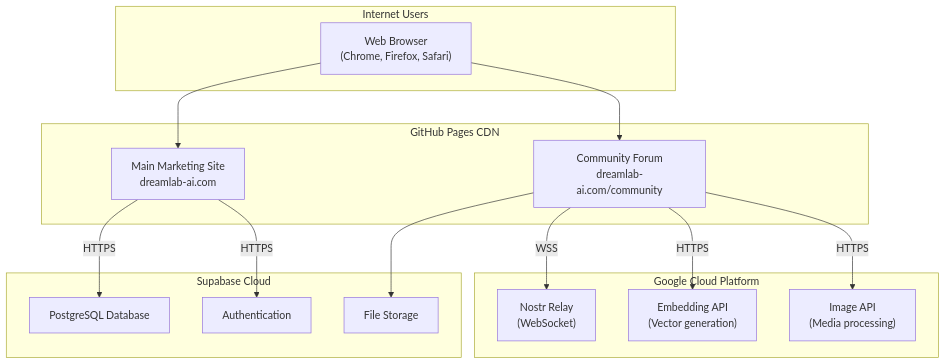
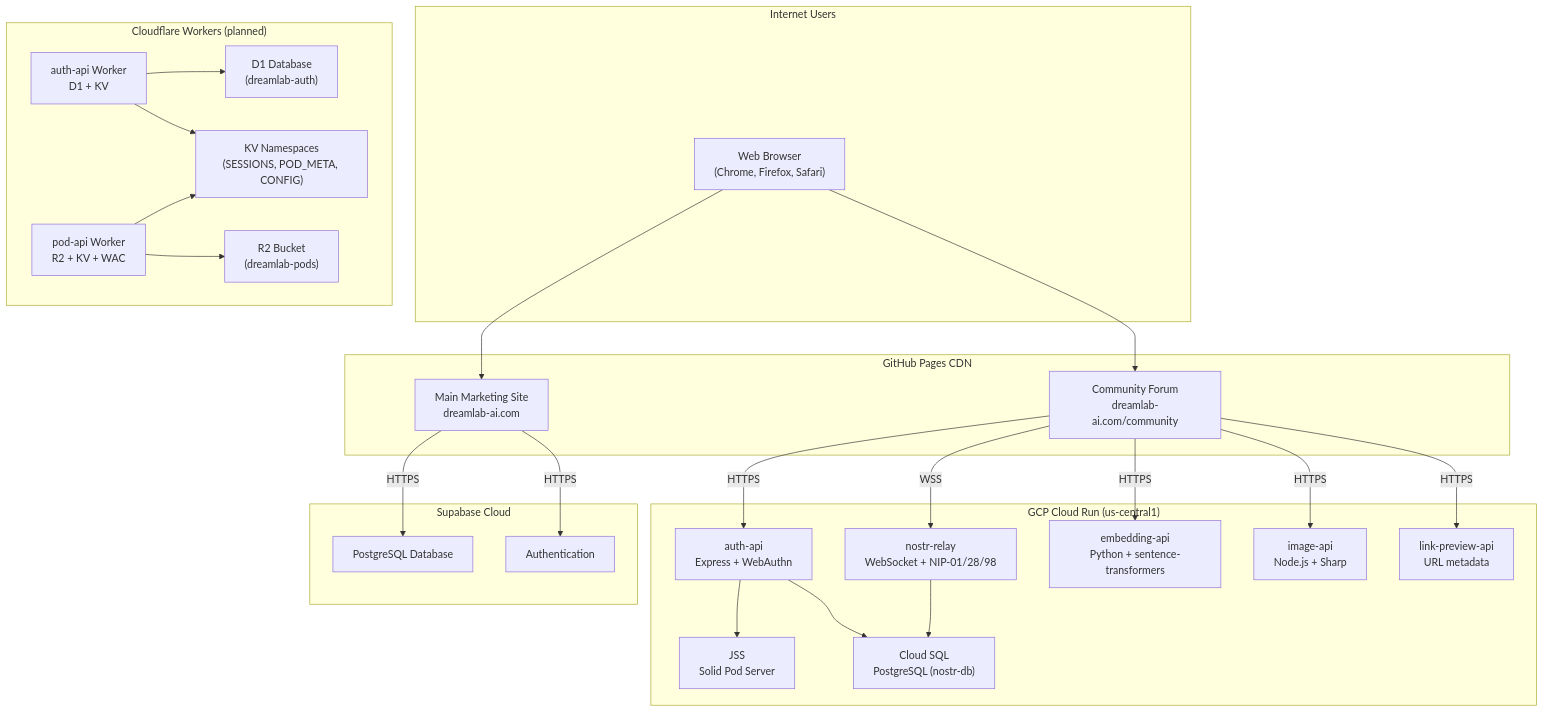
The first of 3 diagrams in docs/architecture/SYSTEM_OVERVIEW.md (DreamLab-AI/dreamlab-ai-website), drawn with Mermaid before and after one commit. The commit also changed other lines of this file and 49 other files, not shown here.

````diff
--- a/docs/architecture/SYSTEM_OVERVIEW.md
+++ b/docs/architecture/SYSTEM_OVERVIEW.md
@@ -21,32 +23,52 @@
 ```mermaid
 graph TB
     subgraph Internet["Internet Users"]
         Browser["Web Browser<br/>(Chrome, Firefox, Safari)"]
     end
 
     subgraph CDN["GitHub Pages CDN"]
         MainSite["Main Marketing Site<br/>dreamlab-ai.com"]
         CommunityApp["Community Forum<br/>dreamlab-ai.com/community"]
     end
 
-    subgraph GCP["Google Cloud Platform"]
-        Relay["Nostr Relay<br/>(WebSocket)"]
-        EmbedAPI["Embedding API<br/>(Vector generation)"]
-        ImageAPI["Image API<br/>(Media processing)"]
+    subgraph GCP["GCP Cloud Run (us-central1)"]
+        AuthAPI["auth-api<br/>Express + WebAuthn"]
+        JSS["JSS<br/>Solid Pod Server"]
+        Relay["nostr-relay<br/>WebSocket + NIP-01/28/98"]
+        EmbedAPI["embedding-api<br/>Python + sentence-transformers"]
+        ImageAPI["image-api<br/>Node.js + Sharp"]
+        LinkPreview["link-preview-api<br/>URL metadata"]
+        CloudSQL["Cloud SQL<br/>PostgreSQL (nostr-db)"]
     end
 
     subgraph Supabase["Supabase Cloud"]
         SupabaseDB["PostgreSQL Database"]
         SupabaseAuth["Authentication"]
-        SupabaseStorage["File Storage"]
+    end
+
+    subgraph CF["Cloudflare Workers (planned)"]
+        CFAuth["auth-api Worker<br/>D1 + KV"]
+        CFPod["pod-api Worker<br/>R2 + KV + WAC"]
+        D1["D1 Database<br/>(dreamlab-auth)"]
+        KV["KV Namespaces<br/>(SESSIONS, POD_META, CONFIG)"]
+        R2["R2 Bucket<br/>(dreamlab-pods)"]
     end
 
     Browser --> MainSite
     Browser --> CommunityApp
     CommunityApp -->|WSS| Relay
+    CommunityApp -->|HTTPS| AuthAPI
+    CommunityApp -->|HTTPS| ImageAPI
     CommunityApp -->|HTTPS| EmbedAPI
-    CommunityApp -->|HTTPS| ImageAPI
+    CommunityApp -->|HTTPS| LinkPreview
+    AuthAPI --> JSS
+    AuthAPI --> CloudSQL
+    Relay --> CloudSQL
     MainSite -->|HTTPS| SupabaseDB
     MainSite -->|HTTPS| SupabaseAuth
-    CommunityApp --> SupabaseStorage
+
+    CFAuth --> D1
+    CFAuth --> KV
+    CFPod --> R2
+    CFPod --> KV
 ```
````
